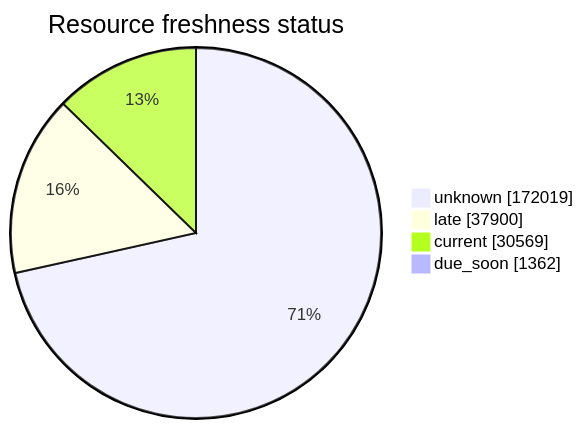
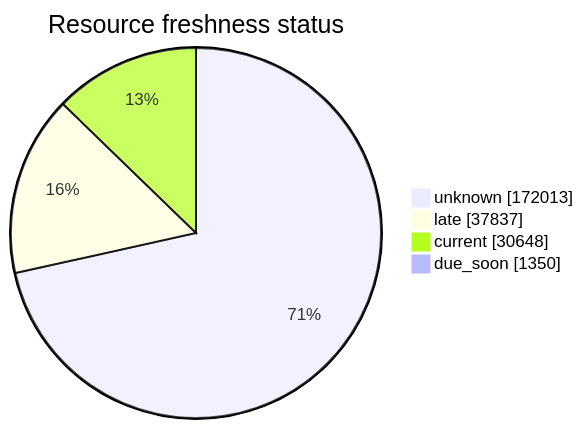
One commit to open-data/analytics-corporate-reporting changed the third of 5 diagrams in FreshCheck/README.md. Above: the diagram before and after it, drawn with Mermaid. The commit also changed other lines of this file and 3 other files, not shown here.

````diff
--- a/FreshCheck/README.md
+++ b/FreshCheck/README.md
@@ -77,7 +77,7 @@
 ```mermaid
 pie showData title Resource freshness status
-    "unknown": 172019
-    "late": 37900
-    "current": 30569
-    "due_soon": 1362
+    "unknown": 172013
+    "late": 37837
+    "current": 30648
+    "due_soon": 1350
 ```
````
